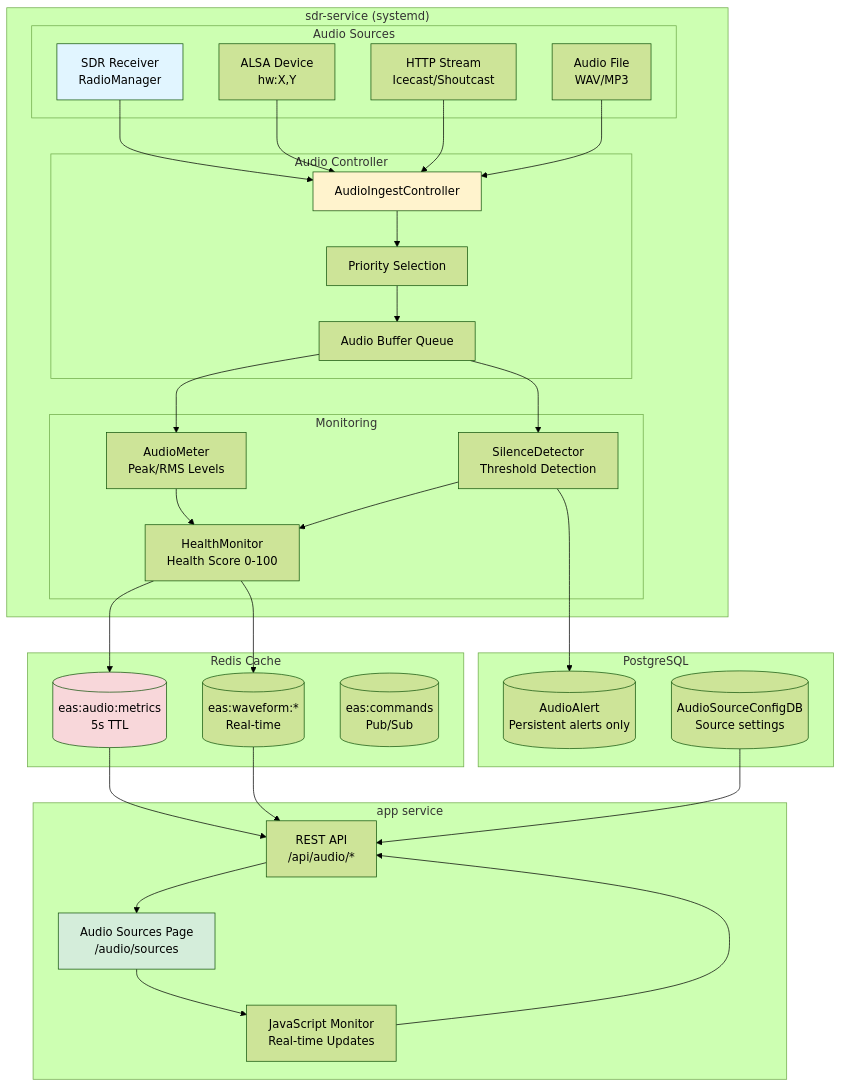
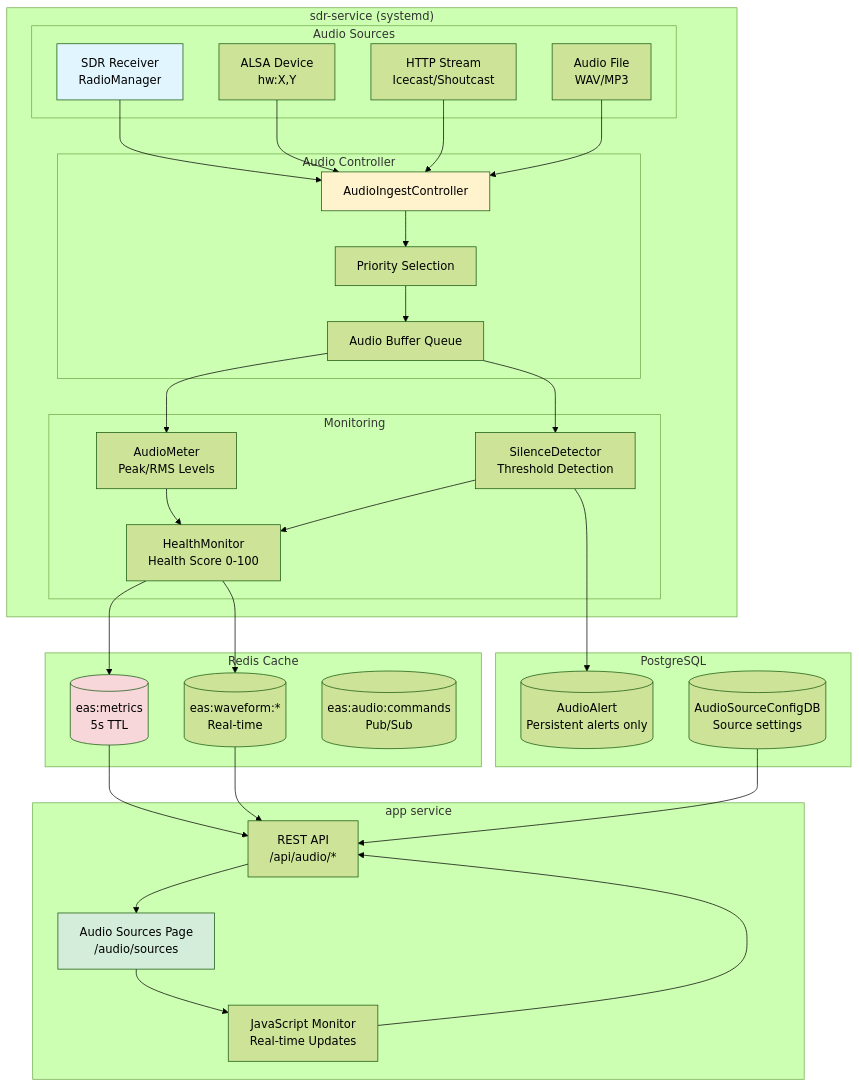
One commit to KR8MER/eas-station changed the sixth of 21 diagrams in docs/architecture/SYSTEM_ARCHITECTURE.md. Above: the diagram before and after it, drawn with Mermaid (forest theme). The commit also changed other lines of this file and 37 other files, not shown here.

````diff
--- a/docs/architecture/SYSTEM_ARCHITECTURE.md
+++ b/docs/architecture/SYSTEM_ARCHITECTURE.md
@@ -330,69 +330,69 @@
 ```mermaid
 graph TB
     subgraph "sdr-service (systemd)"
         subgraph "Audio Sources"
             SDR_SRC[SDR Receiver<br>RadioManager]
             ALSA_SRC[ALSA Device<br>hw:X,Y]
             HTTP_SRC[HTTP Stream<br>Icecast/Shoutcast]
             FILE_SRC[Audio File<br>WAV/MP3]
         end
 
         subgraph "Audio Controller"
             CONTROLLER[AudioIngestController]
             PRIORITY[Priority Selection]
             BUFFER[Audio Buffer Queue]
         end
 
         subgraph "Monitoring"
             METER[AudioMeter<br>Peak/RMS Levels]
             SILENCE[SilenceDetector<br>Threshold Detection]
             HEALTH[HealthMonitor<br>Health Score 0-100]
         end
     end
 
     subgraph "Redis Cache"
-        METRICS[(eas:audio:metrics<br>5s TTL)]
+        METRICS[(eas:metrics<br>5s TTL)]
         WAVEFORM[(eas:waveform:*<br>Real-time)]
-        COMMANDS[(eas:commands<br>Pub/Sub)]
+        COMMANDS[(eas:audio:commands<br>Pub/Sub)]
     end
 
     subgraph "app service"
         UI[Audio Sources Page<br>/audio/sources]
         API[REST API<br>/api/audio/*]
         JS[JavaScript Monitor<br>Real-time Updates]
     end
 
     subgraph "PostgreSQL"
         ALERTS_DB[(AudioAlert<br>Persistent alerts only)]
         CONFIG_DB[(AudioSourceConfigDB<br>Source settings)]
     end
 
     %% Connections
     SDR_SRC --> CONTROLLER
     ALSA_SRC --> CONTROLLER
     HTTP_SRC --> CONTROLLER
     FILE_SRC --> CONTROLLER
 
     CONTROLLER --> PRIORITY
     PRIORITY --> BUFFER
     BUFFER --> METER
     BUFFER --> SILENCE
     METER --> HEALTH
     SILENCE --> HEALTH
 
     HEALTH --> METRICS
     HEALTH --> WAVEFORM
     SILENCE --> ALERTS_DB
 
     METRICS --> API
     WAVEFORM --> API
     CONFIG_DB --> API
     API --> UI
     UI --> JS
     JS --> API
 
     style SDR_SRC fill:#e1f5ff
     style CONTROLLER fill:#fff3cd
     style METRICS fill:#f8d7da
     style UI fill:#d4edda
 ```
````
